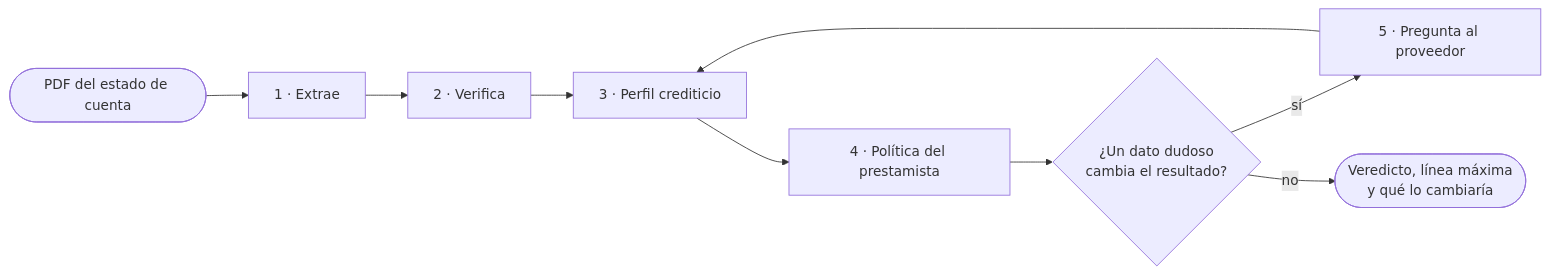
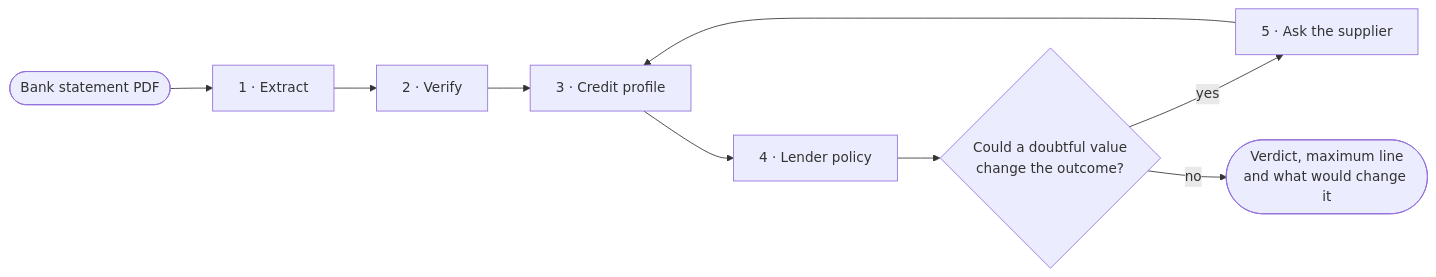
Before and after one commit to moydany/gow-credit: the first of 5 diagrams in README.md, drawn with Mermaid. The commit also changed other lines of this file and 2 other files, not shown here.

````diff
--- a/README.md
+++ b/README.md
@@ -54,11 +77,11 @@
 ```mermaid
 flowchart LR
-    pdf([PDF del estado de cuenta]) --> ext[1 · Extrae]
-    ext --> ver[2 · Verifica]
-    ver --> per[3 · Perfil crediticio]
-    per --> pol[4 · Política del prestamista]
-    pol --> res{¿Un dato dudoso<br/>cambia el resultado?}
-    res -- sí --> ask[5 · Pregunta al proveedor]
+    pdf([Bank statement PDF]) --> ext[1 · Extract]
+    ext --> ver[2 · Verify]
+    ver --> per[3 · Credit profile]
+    per --> pol[4 · Lender policy]
+    pol --> res{Could a doubtful value<br/>change the outcome?}
+    res -- yes --> ask[5 · Ask the supplier]
     ask --> per
-    res -- no --> out([Veredicto, línea máxima<br/>y qué lo cambiaría])
+    res -- no --> out([Verdict, maximum line<br/>and what would change it])
 ```
````
